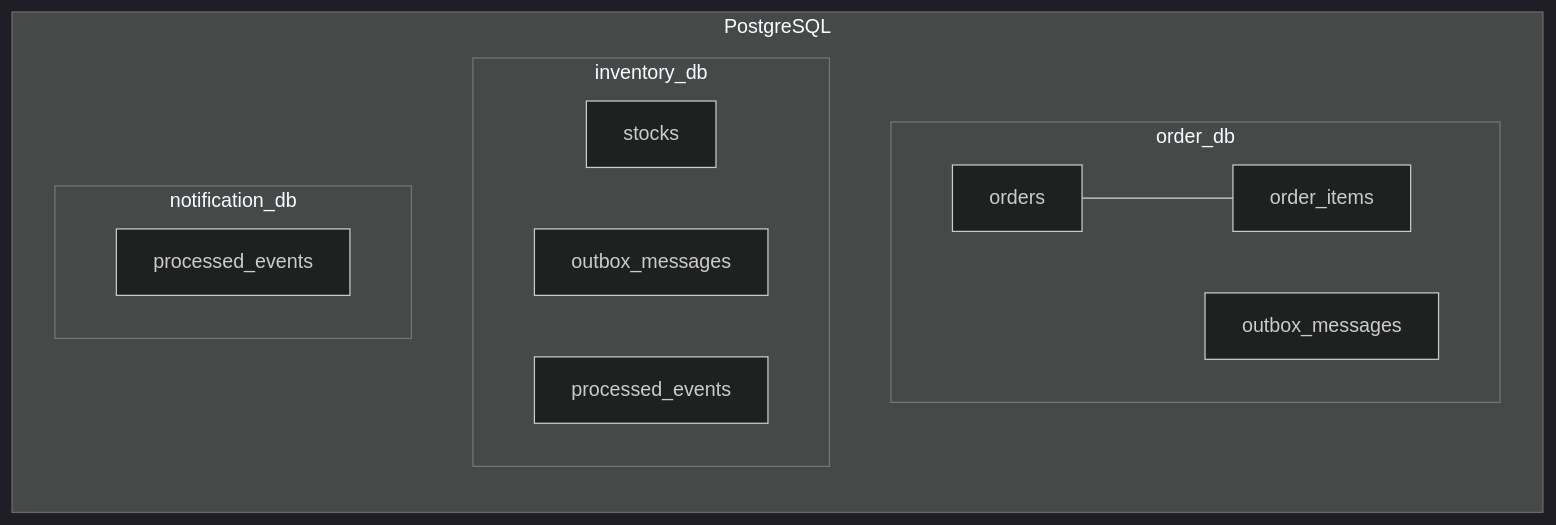
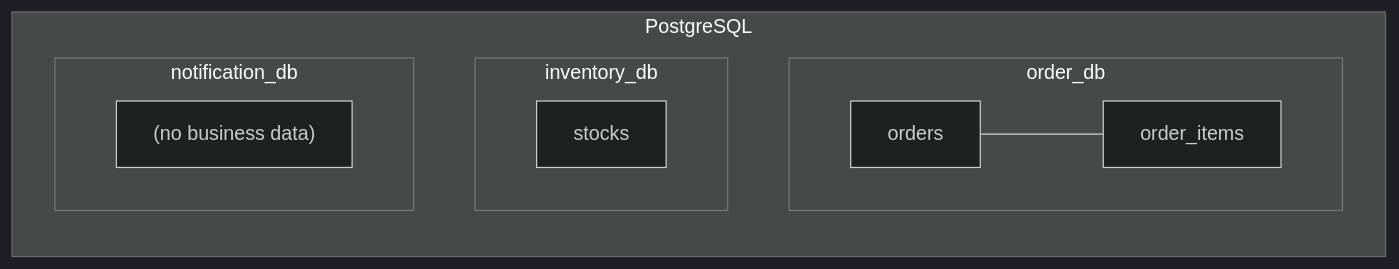
Before and after one commit to BayechouAbdelhadi/kafka-java-demo: the fifth of 22 diagrams in README.md, drawn with Mermaid (dark theme). The commit also changed other lines of this file, not shown here.

Commit message:
docs: refine README.md to clarify order flow, components, and architecture details

````diff
--- a/README.md
+++ b/README.md
@@ -119,17 +108,14 @@
 ```mermaid
 flowchart LR
     subgraph pg["PostgreSQL"]
         subgraph odb["order_db"]
             o1[orders] --- o2[order_items]
-            o3[outbox_messages]
         end
         subgraph idb["inventory_db"]
             i1[stocks]
-            i3[outbox_messages]
-            i4[processed_events]
         end
         subgraph ndb["notification_db"]
-            n4[processed_events]
+            n1["(no business data)"]
         end
     end
 ```
````
